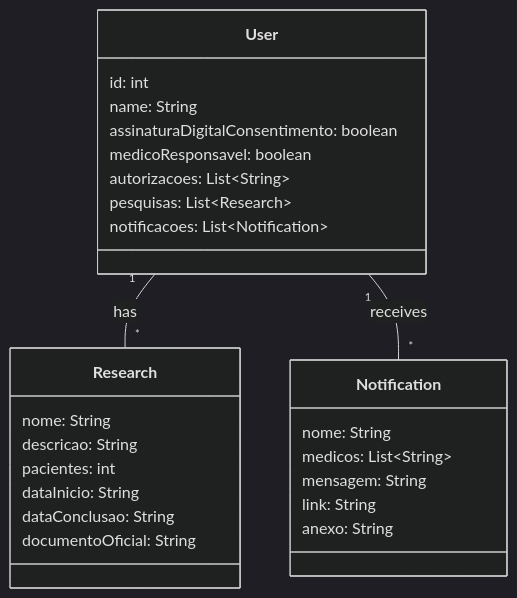
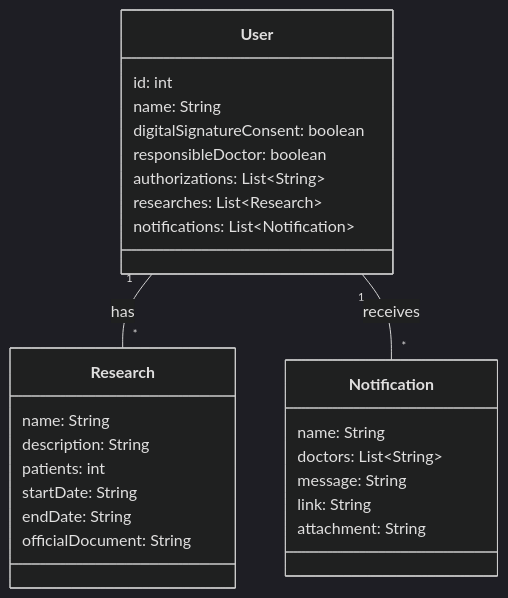
One commit to andrefilipe1310/inovamed- changed the third of 15 diagrams in README.md. Above: the diagram before and after it, drawn with Mermaid (dark theme).

````diff
--- a/README.md
+++ b/README.md
@@ -49,33 +49,34 @@
 ```mermaid
 classDiagram
     class Research {
-        nome: String
-        descricao: String
-        pacientes: int
-        dataInicio: String
-        dataConclusao: String
-        documentoOficial: String
+        name: String
+        description: String
+        patients: int
+        startDate: String
+        endDate: String
+        officialDocument: String
     }
     
     class Notification {
-        nome: String
-        medicos: List~String~
-        mensagem: String
+        name: String
+        doctors: List~String~
+        message: String
         link: String
-        anexo: String
+        attachment: String
     }
     
     class User {
         id: int
         name: String
-        assinaturaDigitalConsentimento: boolean
-        medicoResponsavel: boolean
-        autorizacoes: List~String~
-        pesquisas: List~Research~
-        notificacoes: List~Notification~
+        digitalSignatureConsent: boolean
+        responsibleDoctor: boolean
+        authorizations: List~String~
+        researches: List~Research~
+        notifications: List~Notification~
     }
     
     User "1" -- "*" Research : has
     User "1" -- "*" Notification : receives
 
+
 ```
````
